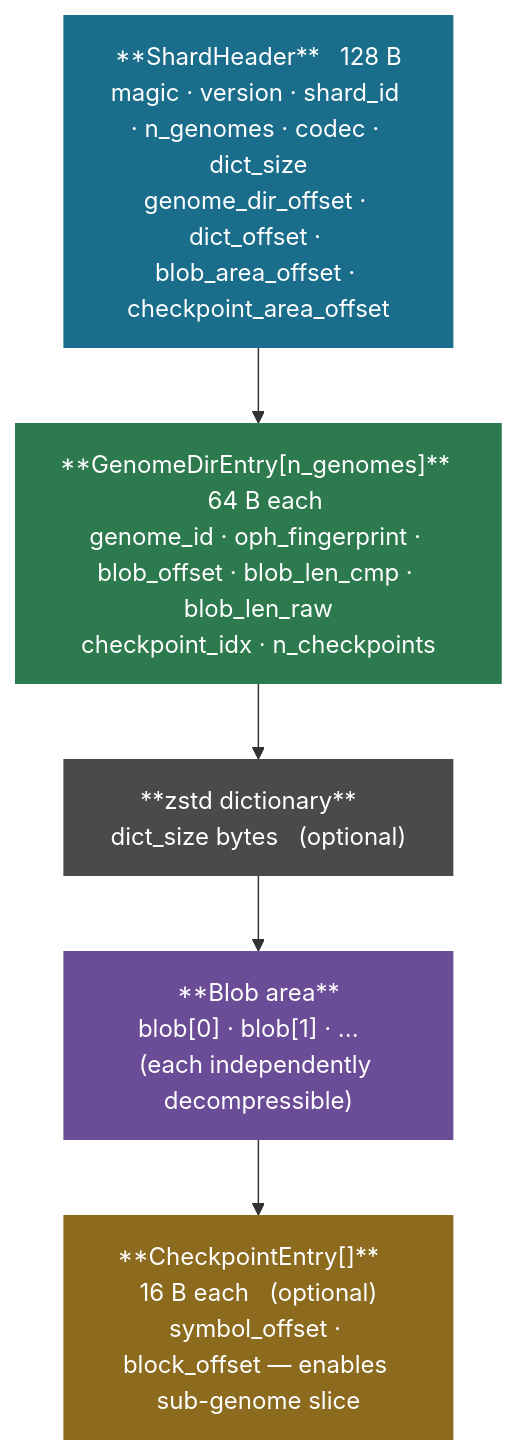
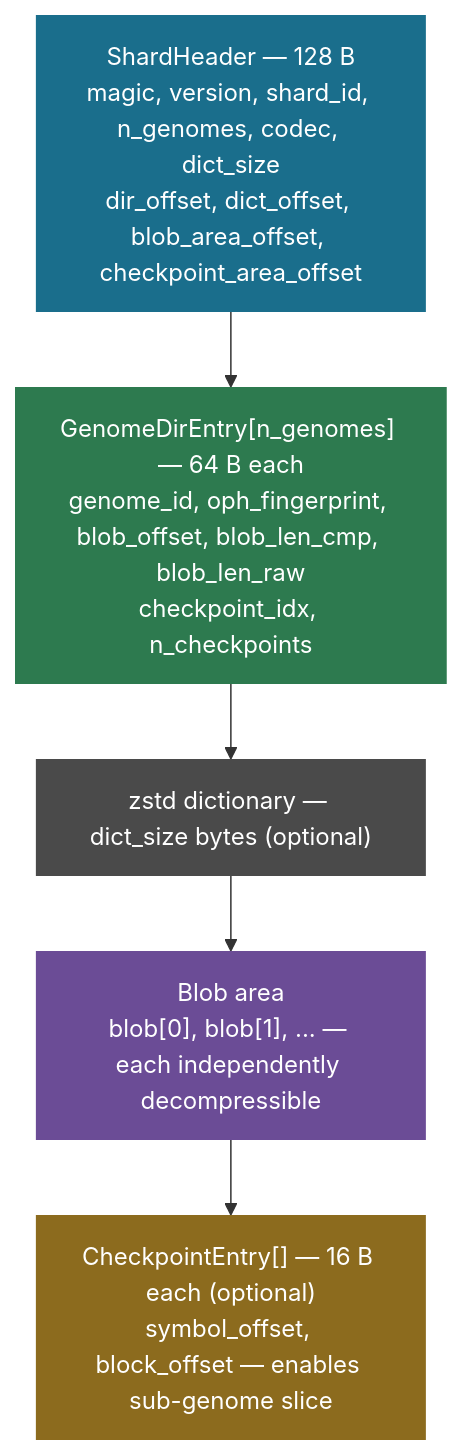
The second of 3 diagrams in docs/format.md (genomewalker/genopack), drawn with Mermaid before and after one commit. The commit also changed other lines of this file and 1 other file, not shown here.

Commit message:
docs: fix Mermaid rendering - explicit JS, safe label syntax

````diff
--- a/docs/format.md
+++ b/docs/format.md
@@ -51,16 +51,16 @@
 ```mermaid
 flowchart TB
-    sh["**ShardHeader** &nbsp; 128 B\nmagic · version · shard_id · n_genomes · codec · dict_size\ngenome_dir_offset · dict_offset · blob_area_offset · checkpoint_area_offset"]
-    dir["**GenomeDirEntry[n_genomes]** &nbsp; 64 B each\ngenome_id · oph_fingerprint · blob_offset · blob_len_cmp · blob_len_raw\ncheckpoint_idx · n_checkpoints"]
-    dict["**zstd dictionary** &nbsp; dict_size bytes &nbsp; (optional)"]
-    blobs["**Blob area**\nblob[0] · blob[1] · ... &nbsp; (each independently decompressible)"]
-    ckpt["**CheckpointEntry[]** &nbsp; 16 B each &nbsp; (optional)\nsymbol_offset · block_offset — enables sub-genome slice"]
+    sh["ShardHeader — 128 B<br/>magic, version, shard_id, n_genomes, codec, dict_size<br/>dir_offset, dict_offset, blob_area_offset, checkpoint_area_offset"]
+    dir["GenomeDirEntry[n_genomes] — 64 B each<br/>genome_id, oph_fingerprint, blob_offset, blob_len_cmp, blob_len_raw<br/>checkpoint_idx, n_checkpoints"]
+    dict["zstd dictionary — dict_size bytes (optional)"]
+    blobs["Blob area<br/>blob[0], blob[1], ... — each independently decompressible"]
+    ckpt["CheckpointEntry[] — 16 B each (optional)<br/>symbol_offset, block_offset — enables sub-genome slice"]
 
     sh --> dir --> dict --> blobs --> ckpt
 
     style sh    fill:#1a6e8c,color:#fff,stroke:none
     style dir   fill:#2d7a4f,color:#fff,stroke:none
     style dict  fill:#4a4a4a,color:#fff,stroke:none
     style blobs fill:#6b4c96,color:#fff,stroke:none
     style ckpt  fill:#8c6b1e,color:#fff,stroke:none
 ```
````
